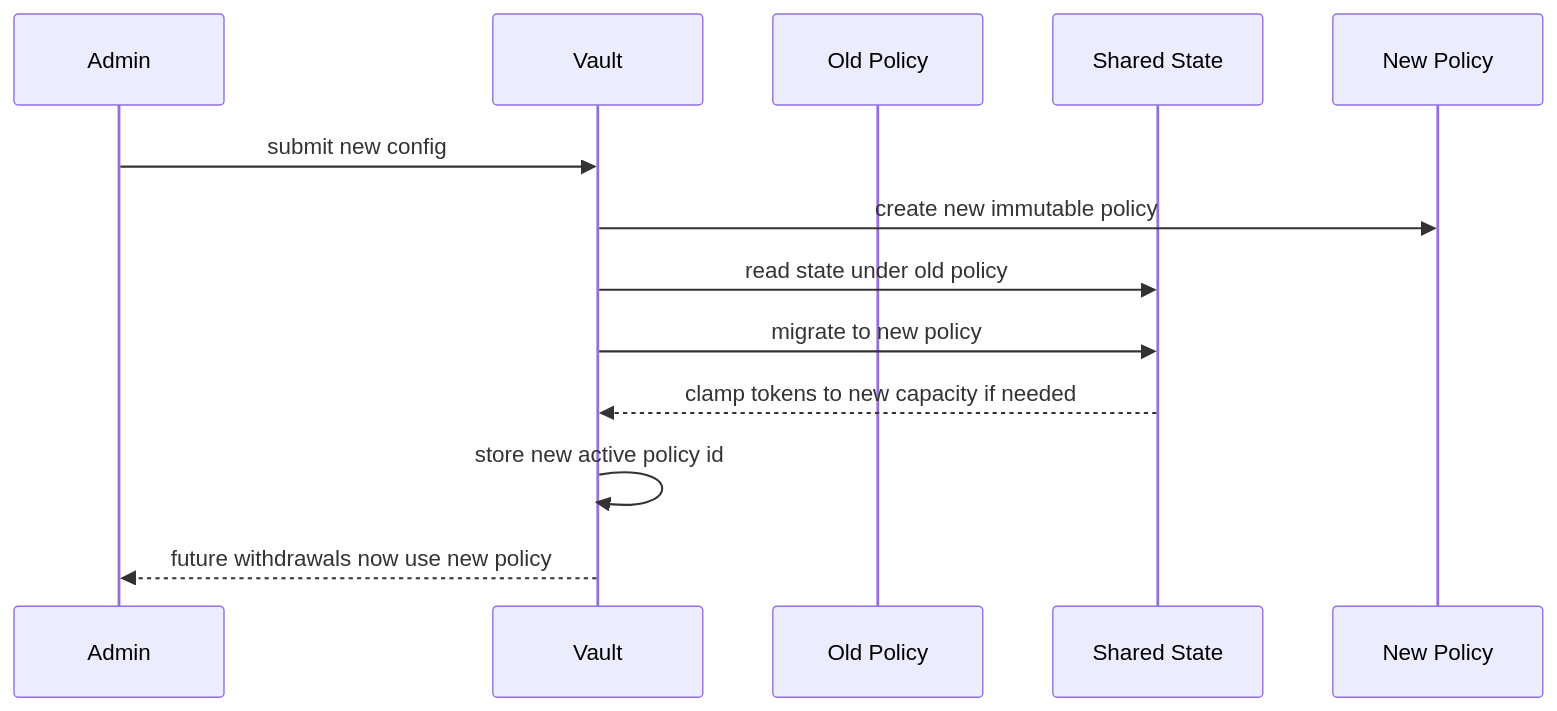
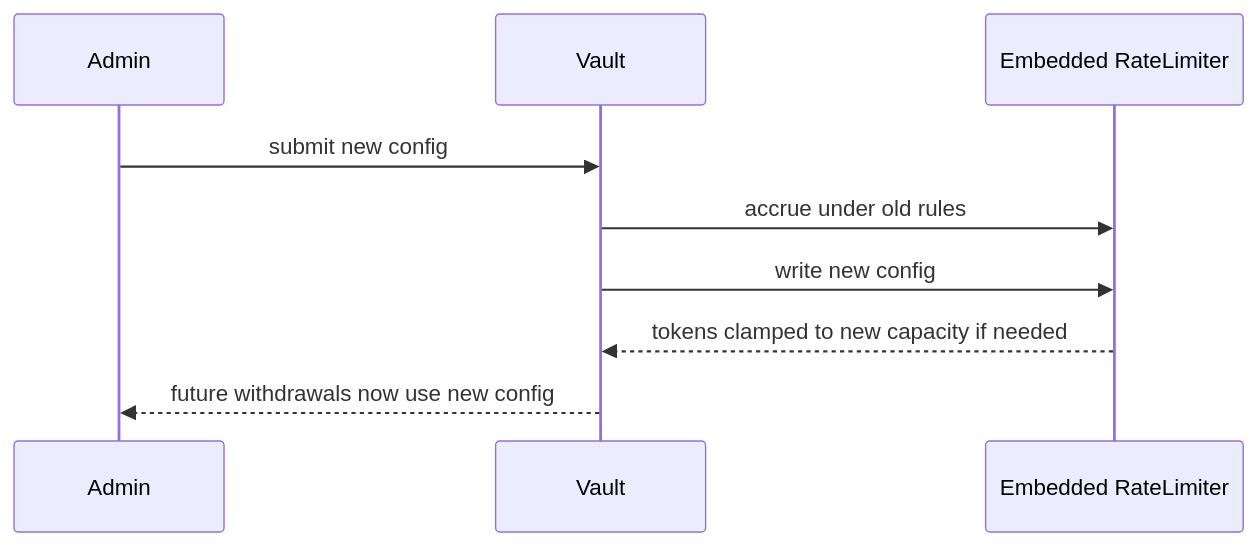
Before and after one commit to 0xNeshi/rate-limiter-proposal: the third of 7 diagrams in README.md, drawn with Mermaid. The commit also changed other lines of this file and 7 other files, not shown here.

Commit message:
simplify the design (rate limiter is not an object)

````diff
--- a/README.md
+++ b/README.md
@@ -292,16 +149,12 @@
 ```mermaid
 sequenceDiagram
     participant Admin
     participant Vault
-    participant OldPolicy as Old Policy
-    participant State as Shared State
-    participant NewPolicy as New Policy
+    participant Limiter as Embedded RateLimiter
 
     Admin->>Vault: submit new config
-    Vault->>NewPolicy: create new immutable policy
-    Vault->>State: read state under old policy
-    Vault->>State: migrate to new policy
-    State-->>Vault: clamp tokens to new capacity if needed
-    Vault->>Vault: store new active policy id
-    Vault-->>Admin: future withdrawals now use new policy
+    Vault->>Limiter: accrue under old rules
+    Vault->>Limiter: write new config
+    Limiter-->>Vault: tokens clamped to new capacity if needed
+    Vault-->>Admin: future withdrawals now use new config
 ```
````
